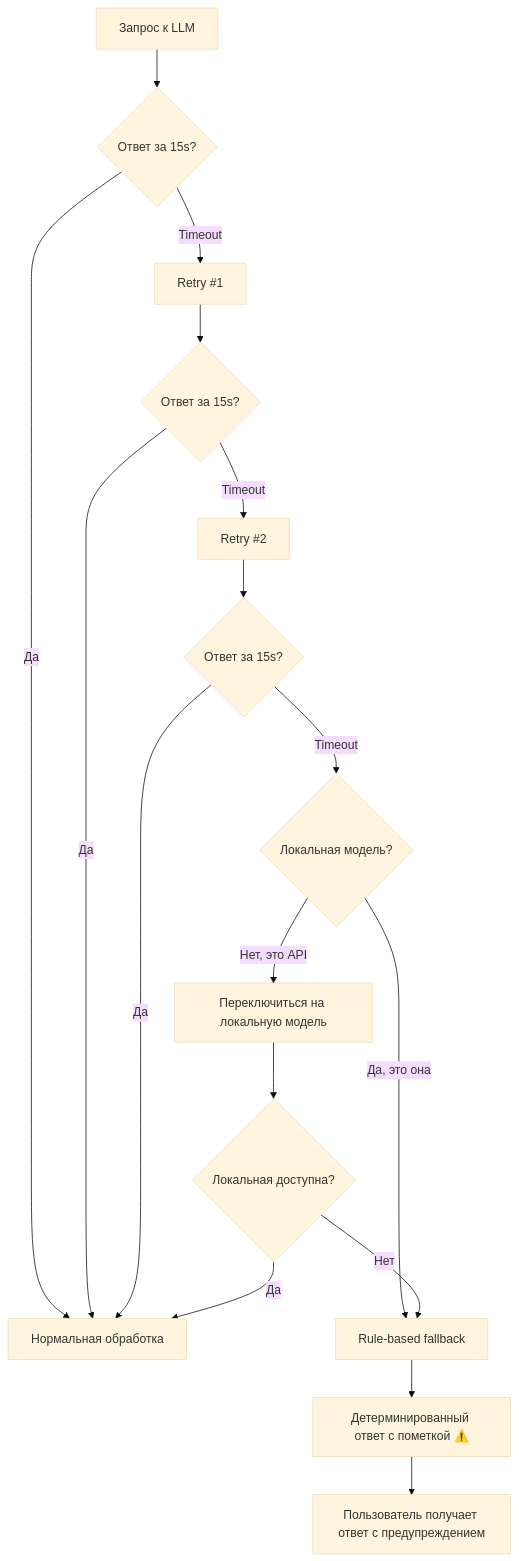
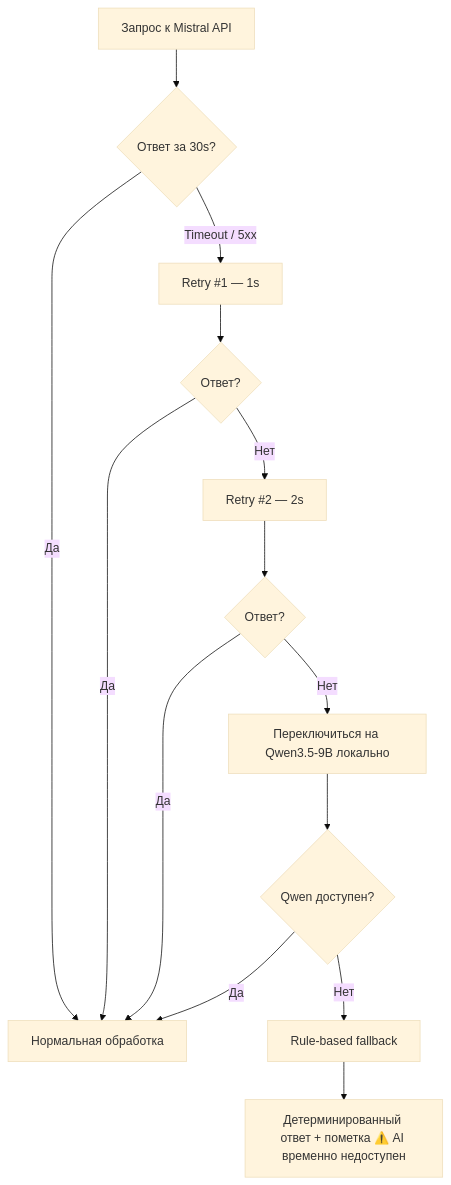
One commit to lveltman/personal-finance-assistant changed the second of 3 diagrams in docs/diagrams/workflow.md. Above: the diagram before and after it, drawn with Mermaid (base theme). The commit also changed other lines of this file and 8 other files, not shown here.

````diff
--- a/docs/diagrams/workflow.md
+++ b/docs/diagrams/workflow.md
@@ -87,19 +87,16 @@
 ```mermaid
 flowchart TD
-    A[Запрос к LLM] --> B{Ответ за 15s?}
+    A[Запрос к Mistral API] --> B{Ответ за 30s?}
     B -->|Да| C[Нормальная обработка]
-    B -->|Timeout| D[Retry #1]
-    D --> E{Ответ за 15s?}
+    B -->|Timeout / 5xx| D[Retry #1 — 1s]
+    D --> E{Ответ?}
     E -->|Да| C
-    E -->|Timeout| F[Retry #2]
-    F --> G{Ответ за 15s?}
+    E -->|Нет| F[Retry #2 — 2s]
+    F --> G{Ответ?}
     G -->|Да| C
-    G -->|Timeout| H{Локальная модель?}
-    H -->|Да, это она| I[Rule-based fallback]
-    H -->|Нет, это API| J[Переключиться на локальную модель]
-    J --> K{Локальная доступна?}
-    K -->|Да| C
-    K -->|Нет| I
-    I --> L[Детерминированный ответ с пометкой ⚠️]
-    L --> M[Пользователь получает ответ с предупреждением]
+    G -->|Нет| H[Переключиться на Qwen3.5-9B локально]
+    H --> I{Qwen доступен?}
+    I -->|Да| C
+    I -->|Нет| J[Rule-based fallback]
+    J --> K[Детерминированный ответ + пометка ⚠️ AI временно недоступен]
 ```
````
